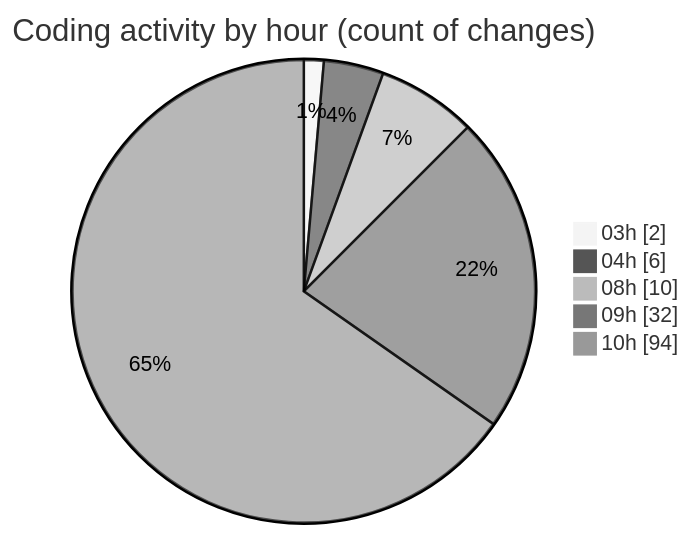
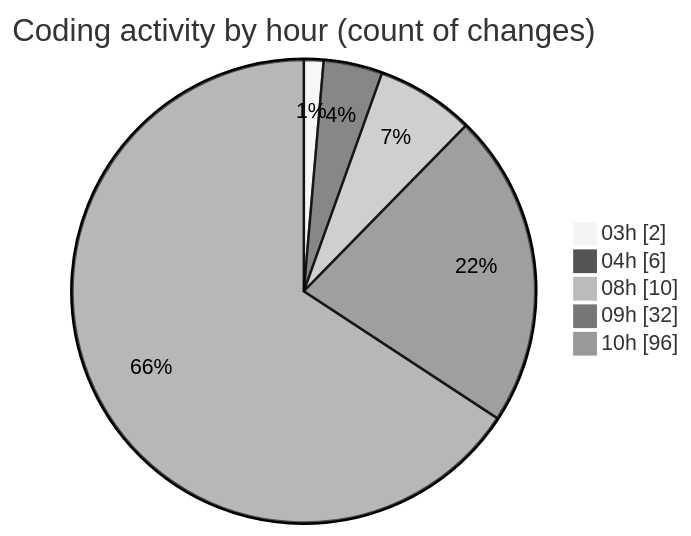
Before and after one commit to tmsrecording-cyber/code-tracking: the second of 2 diagrams in 2026-02-07/singularitybrainai/README.md, drawn with Mermaid (neutral theme). The commit also changed other lines of this file and 1 other file, not shown here.

````diff
--- a/2026-02-07/singularitybrainai/README.md
+++ b/2026-02-07/singularitybrainai/README.md
@@ -49,9 +49,9 @@
 ```mermaid
 pie showData
 title Coding activity by hour (count of changes)
 "03h" : 2
 "04h" : 6
 "08h" : 10
 "09h" : 32
-"10h" : 94
+"10h" : 96
 ```
````
